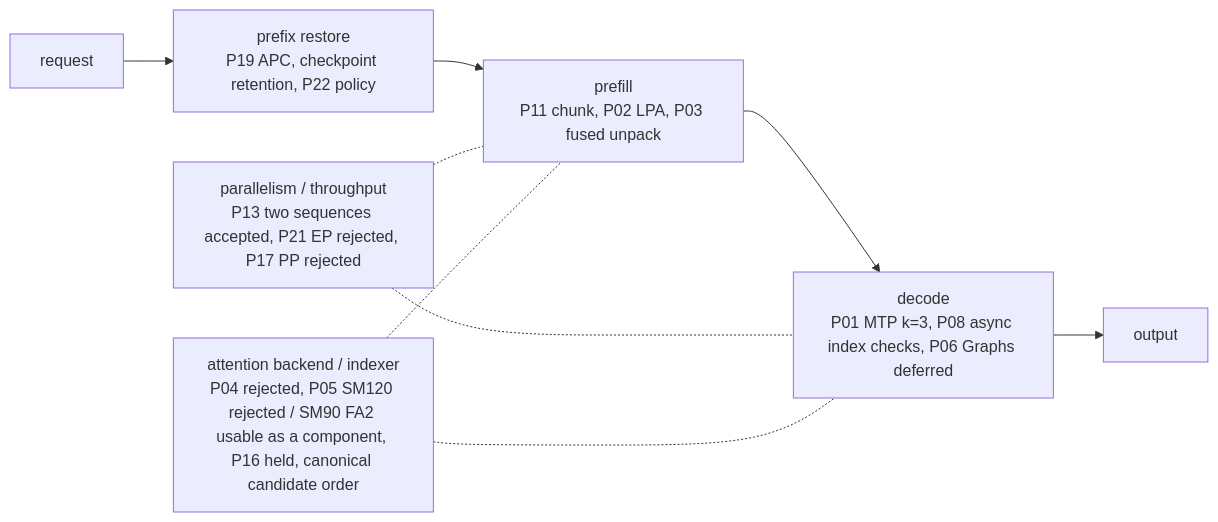
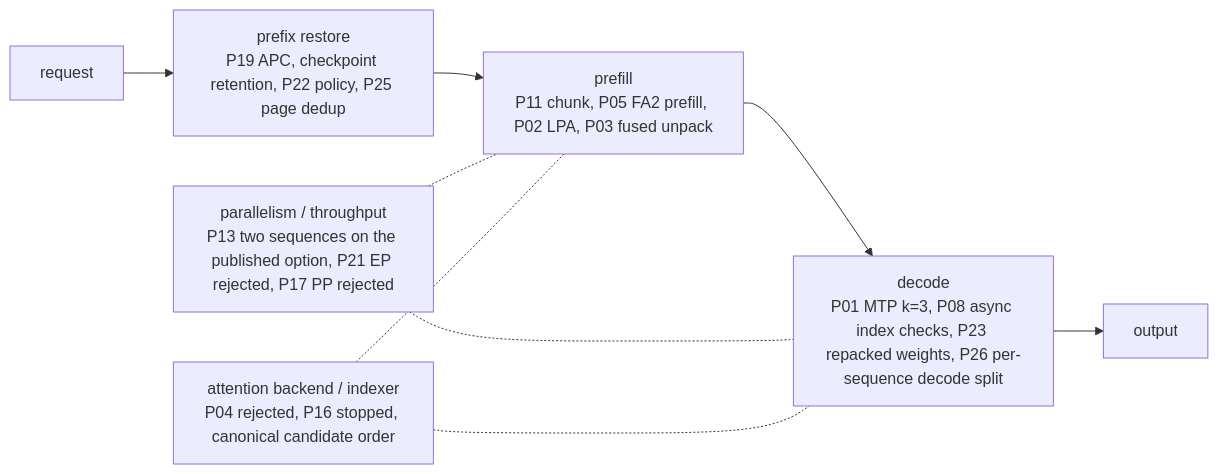
Before and after one commit to Bizuayeu/GLM-5.3-Flash-NVFP4-2x-DGX-Sparks-BIZ: the diagram in docs/optimization-overview.md, drawn with Mermaid. The commit also changed other lines of this file and 50 other files, not shown here.

````diff
--- a/docs/optimization-overview.md
+++ b/docs/optimization-overview.md
@@ -13,11 +13,11 @@
 ```mermaid
 flowchart LR
-    R[request] --> A[prefix restore<br/>P19 APC, checkpoint retention, P22 policy]
-    A --> P[prefill<br/>P11 chunk, P02 LPA, P03 fused unpack]
-    P --> D[decode<br/>P01 MTP k=3, P08 async index checks, P06 Graphs deferred]
+    R[request] --> A[prefix restore<br/>P19 APC, checkpoint retention, P22 policy, P25 page dedup]
+    A --> P[prefill<br/>P11 chunk, P05 FA2 prefill, P02 LPA, P03 fused unpack]
+    P --> D[decode<br/>P01 MTP k=3, P08 async index checks, P23 repacked weights, P26 per-sequence decode split]
     D --> O[output]
-    S[parallelism / throughput<br/>P13 two sequences accepted, P21 EP rejected, P17 PP rejected] -.- P
+    S[parallelism / throughput<br/>P13 two sequences on the published option, P21 EP rejected, P17 PP rejected] -.- P
     S -.- D
-    B[attention backend / indexer<br/>P04 rejected, P05 SM120 rejected / SM90 FA2 usable as a component, P16 held, canonical candidate order] -.- P
+    B[attention backend / indexer<br/>P04 rejected, P16 stopped, canonical candidate order] -.- P
     B -.- D
 ```
````
